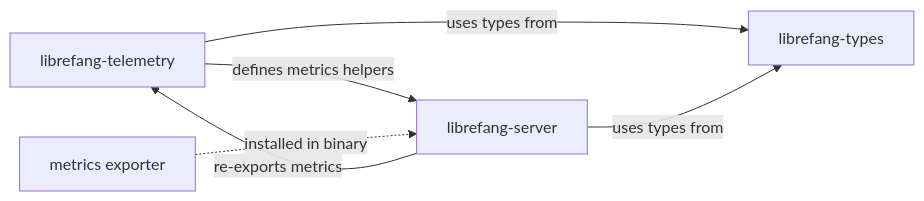
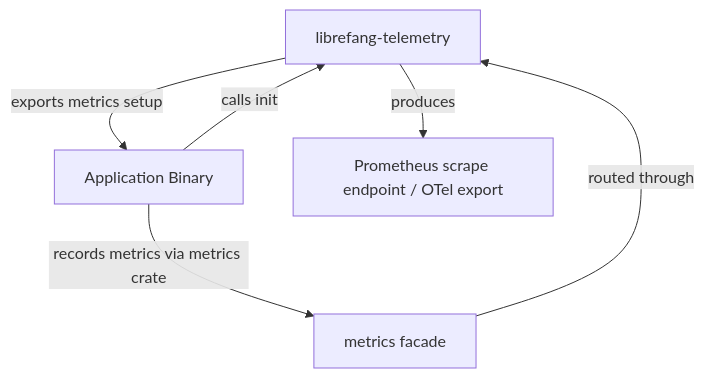
The diagram in other-librefang-telemetry.md (leszek3737/librefang-WIki), drawn with Mermaid before and after one commit. The commit also changed other lines of this file and 119 other files, not shown here.

````diff
--- a/other-librefang-telemetry.md
+++ b/other-librefang-telemetry.md
@@ -20,8 +20,8 @@
 ```mermaid
-graph LR
-    A[librefang-telemetry] -->|defines metrics helpers| B[librefang-server]
-    A -->|uses types from| C[librefang-types]
-    B -->|uses types from| C
-    B -->|re-exports metrics| A
-    D[metrics exporter] -.->|installed in binary| B
+graph TD
+    A[librefang-telemetry] -->|exports metrics setup| B[Application Binary]
+    B -->|calls init| A
+    B -->|records metrics via metrics crate| C[metrics facade]
+    C -->|routed through| A
+    A -->|produces| D[Prometheus scrape endpoint / OTel export]
 ```
````
